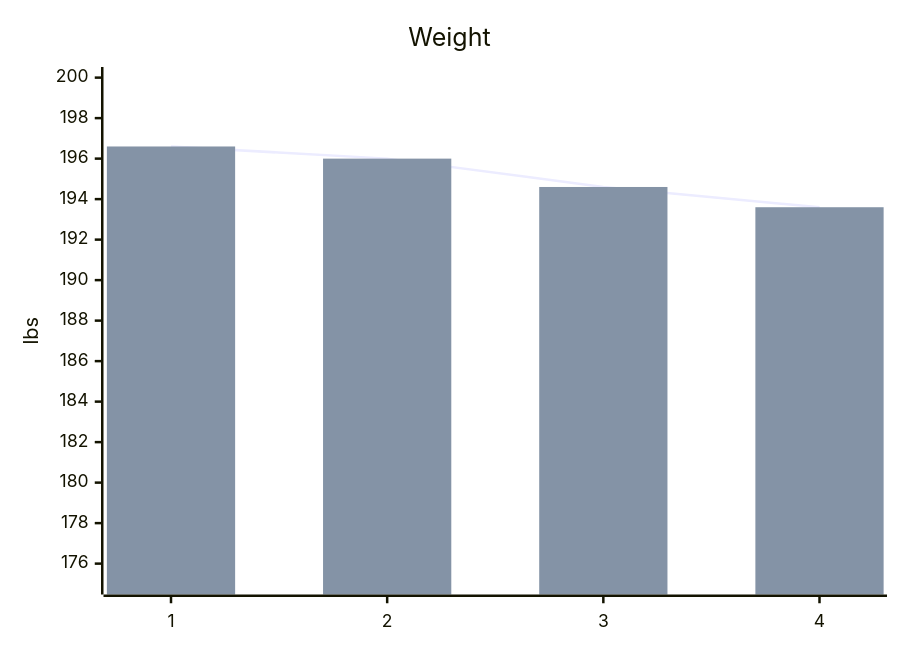
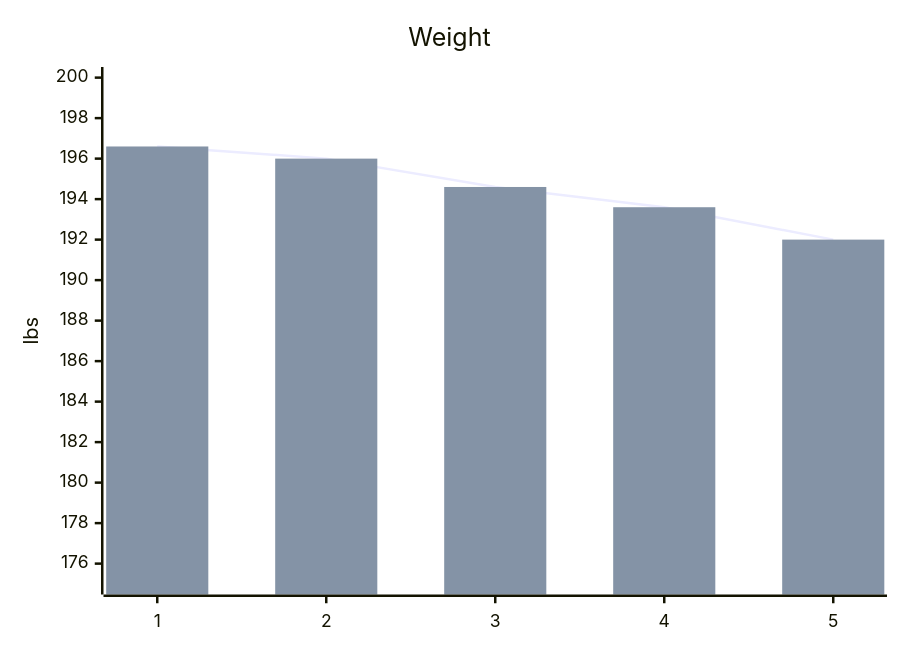
Before and after one commit to stevenelson35/stevenelson35.github.io: the diagram in all_collections/_personal/goals.md, drawn with Mermaid.

```diff
--- a/all_collections/_personal/goals.md
+++ b/all_collections/_personal/goals.md
@@ -11,8 +11,8 @@
 <pre class="mermaid" >
   xychart-beta
     title "Weight" 
-    x-axis [1, 2, 3, 4] 
+    x-axis [1, 2, 3, 4, 5] 
     y-axis "lbs" 175 --> 200
     line [196.6, 196.0, 194.6, 193.6, 192.0]
     bar [196.6, 196.0, 194.6, 193.6, 192.0]
 </pre>
```
